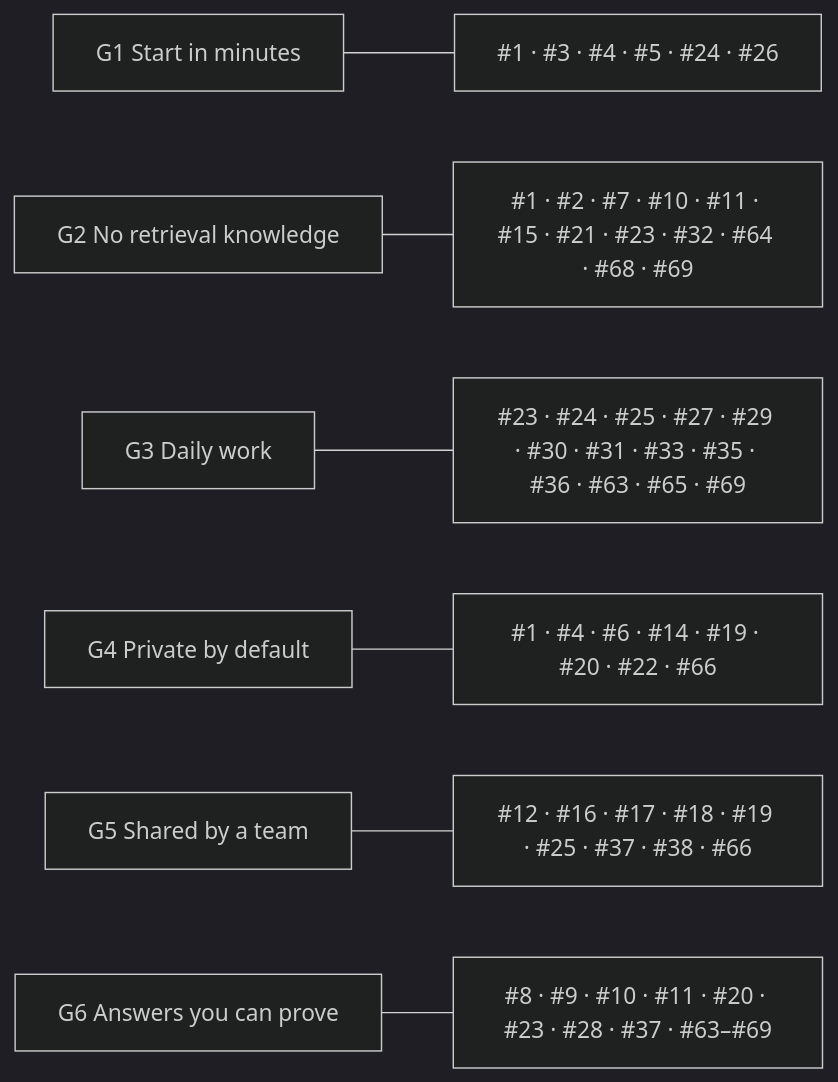
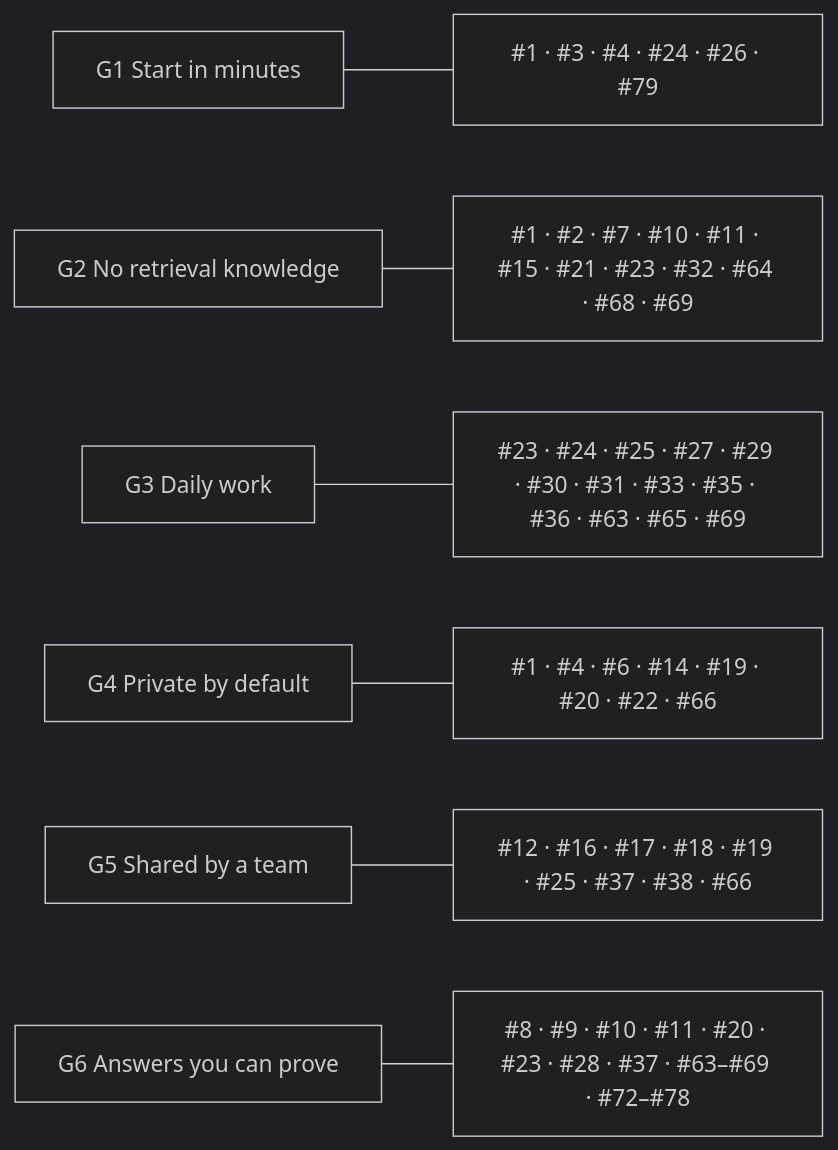
The first of 3 diagrams in docs/IMPROVEMENTS.md (boudou/StrataKB), drawn with Mermaid (dark theme) before and after one commit. The commit also changed other lines of this file and 71 other files, not shown here.

````diff
--- a/docs/IMPROVEMENTS.md
+++ b/docs/IMPROVEMENTS.md
@@ -22,9 +22,9 @@
 ```mermaid
 flowchart LR
-    G1["G1 Start in minutes"] --- i1["#1 · #3 · #4 · #5 · #24 · #26"]
+    G1["G1 Start in minutes"] --- i1["#1 · #3 · #4 · #24 · #26 · #79"]
     G2["G2 No retrieval knowledge"] --- i2["#1 · #2 · #7 · #10 · #11 · #15 · #21 · #23 · #32 · #64 · #68 · #69"]
     G3["G3 Daily work"] --- i3["#23 · #24 · #25 · #27 · #29 · #30 · #31 · #33 · #35 · #36 · #63 · #65 · #69"]
     G4["G4 Private by default"] --- i4["#1 · #4 · #6 · #14 · #19 · #20 · #22 · #66"]
     G5["G5 Shared by a team"] --- i5["#12 · #16 · #17 · #18 · #19 · #25 · #37 · #38 · #66"]
-    G6["G6 Answers you can prove"] --- i6["#8 · #9 · #10 · #11 · #20 · #23 · #28 · #37 · #63–#69"]
+    G6["G6 Answers you can prove"] --- i6["#8 · #9 · #10 · #11 · #20 · #23 · #28 · #37 · #63–#69 · #72–#78"]
 ```
````
